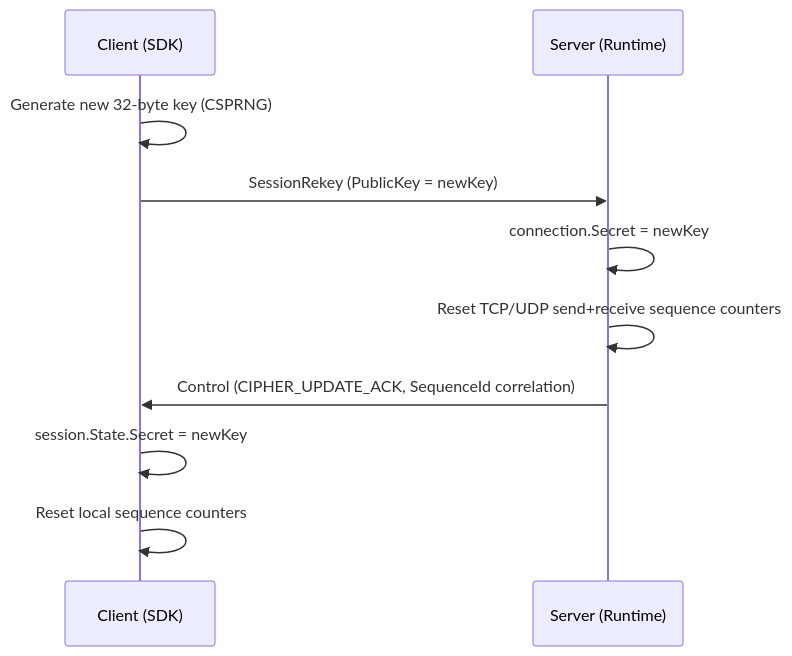
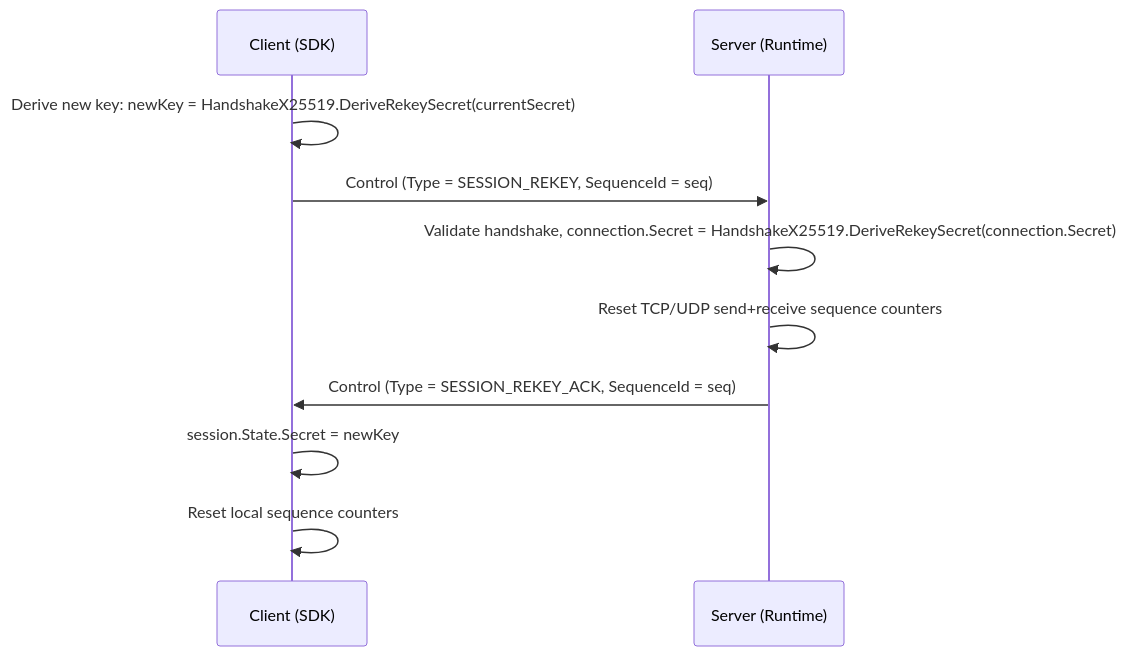
One commit to ppn-systems/Nalix changed the diagram in docs/api/security/session-rekey.md. Above: the diagram before and after it, drawn with Mermaid. The commit also changed other lines of this file and 9 other files, not shown here.

````diff
--- a/docs/api/security/session-rekey.md
+++ b/docs/api/security/session-rekey.md
@@ -15,13 +14,13 @@
 ```mermaid
 sequenceDiagram
     participant C as Client (SDK)
     participant S as Server (Runtime)
 
-    C->>C: Generate new 32-byte key (CSPRNG)
-    C->>S: SessionRekey (PublicKey = newKey)
-    S->>S: connection.Secret = newKey
+    C->>C: Derive new key: newKey = HandshakeX25519.DeriveRekeySecret(currentSecret)
+    C->>S: Control (Type = SESSION_REKEY, SequenceId = seq)
+    S->>S: Validate handshake, connection.Secret = HandshakeX25519.DeriveRekeySecret(connection.Secret)
     S->>S: Reset TCP/UDP send+receive sequence counters
-    S->>C: Control (CIPHER_UPDATE_ACK, SequenceId correlation)
+    S->>C: Control (Type = SESSION_REKEY_ACK, SequenceId = seq)
     C->>C: session.State.Secret = newKey
     C->>C: Reset local sequence counters
 ```
````
